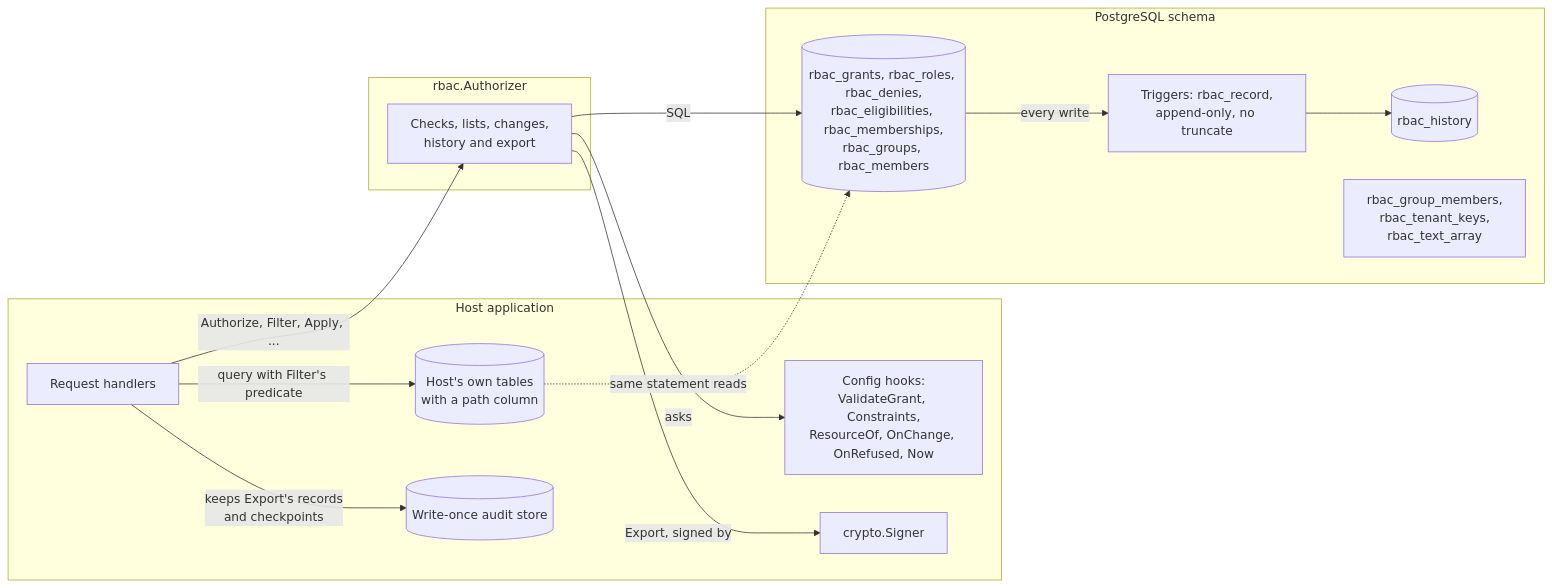
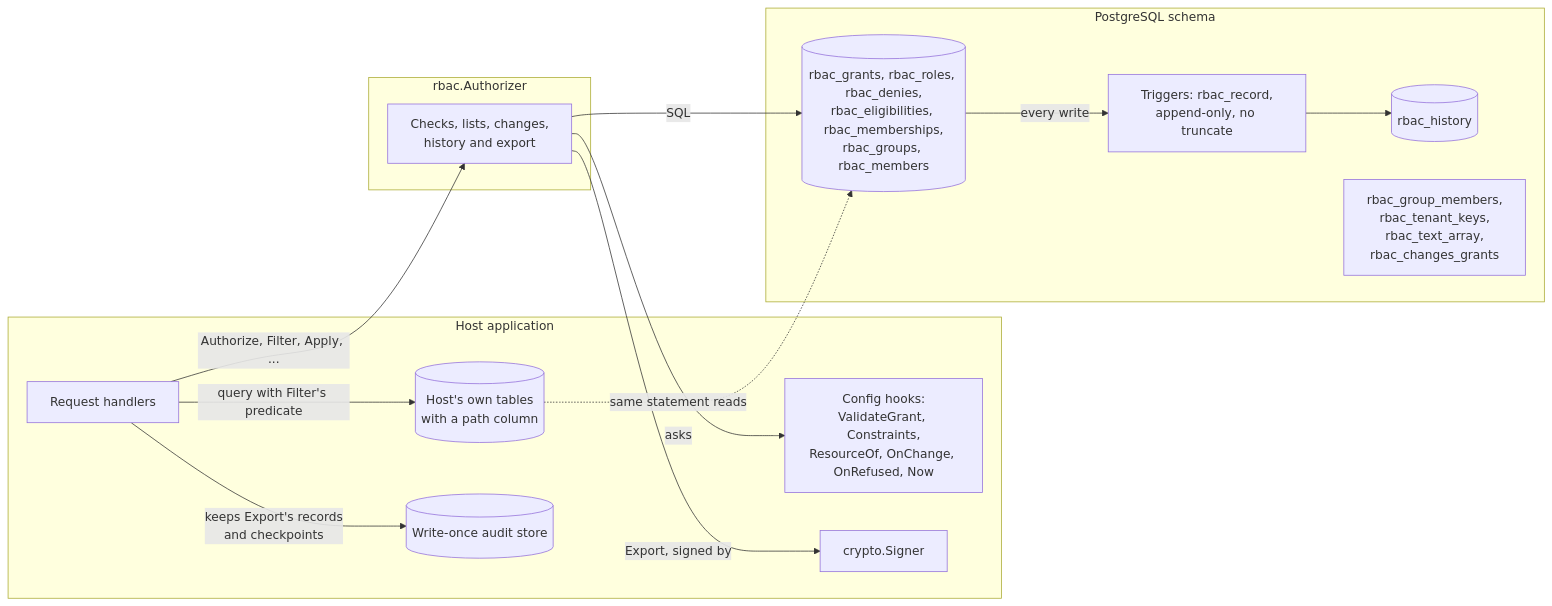
The first of 14 diagrams in docs/architecture.md (parallelworks/rbac), drawn with Mermaid before and after one commit. The commit also changed other lines of this file and 5 other files, not shown here.

````diff
--- a/docs/architecture.md
+++ b/docs/architecture.md
@@ -29,28 +29,28 @@
 ```mermaid
 flowchart LR
     subgraph host["Host application"]
         code["Request handlers"]
         hooks["Config hooks:<br/>ValidateGrant, Constraints,<br/>ResourceOf, OnChange, OnRefused, Now"]
         own[("Host's own tables<br/>with a path column")]
         store[("Write-once audit store")]
         signer["crypto.Signer"]
     end
     subgraph lib["rbac.Authorizer"]
         api["Checks, lists, changes,<br/>history and export"]
     end
     subgraph pg["PostgreSQL schema"]
         tables[("rbac_grants, rbac_roles, rbac_denies,<br/>rbac_eligibilities, rbac_memberships,<br/>rbac_groups, rbac_members")]
         history[("rbac_history")]
         triggers["Triggers: rbac_record,<br/>append-only, no truncate"]
-        fn["rbac_group_members,<br/>rbac_tenant_keys,<br/>rbac_text_array"]
+        fn["rbac_group_members,<br/>rbac_tenant_keys,<br/>rbac_text_array,<br/>rbac_changes_grants"]
     end
     code -->|"Authorize, Filter, Apply, ..."| api
     api -->|"asks"| hooks
     api -->|"SQL"| tables
     tables -->|"every write"| triggers
     triggers --> history
     code -->|"query with Filter's predicate"| own
     own -.->|"same statement reads"| tables
     api -->|"Export, signed by"| signer
     code -->|"keeps Export's records<br/>and checkpoints"| store
 ```
````
